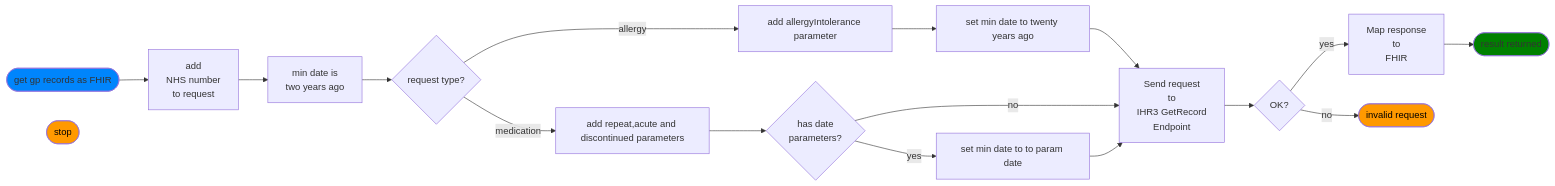
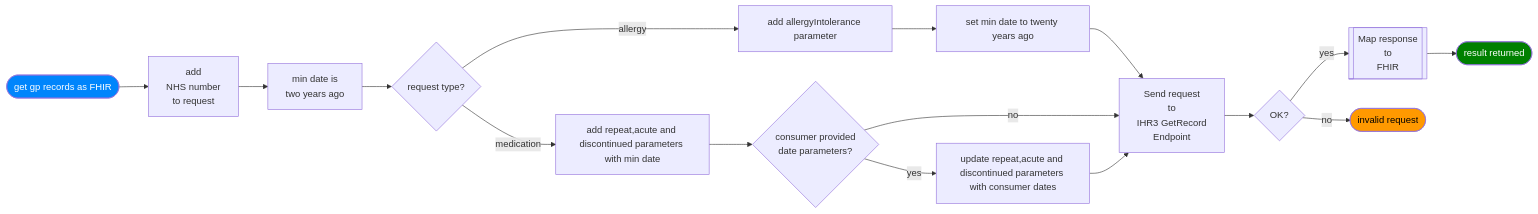
The diagram in technical/read data/read-gp-data/get-gp-records-as-fhir.md (DHCW-Digital-Health-and-Care-Wales/shared-medicines-guide), drawn with Mermaid before and after one commit.

Commit message:
Update get-gp-records-as-fhir.md
diagram cleanup- rewording

````diff
--- a/technical/read data/read-gp-data/get-gp-records-as-fhir.md
+++ b/technical/read data/read-gp-data/get-gp-records-as-fhir.md
@@ -7,47 +7,47 @@
 ```mermaid
 flowchart LR
  
 
     TRIGGER(["get gp records as FHIR"]) 
     S1["add <br>NHS number <br>to request"]
     S2["min date is <br>two years ago"]
     S3{"request type?"}
 
-    M1["add repeat,acute and discontinued parameters"]
-    M2{"has date<br>parameters?"}
-    M3["set min date to to param date"]
+    M1["add repeat,acute and discontinued parameters with min date"]
+    M2{"consumer provided <br>date parameters?"}
+    M3["update repeat,acute and discontinued parameters with consumer dates"]
 
     A1["add allergyIntolerance parameter"]
     A2["set min date to twenty years ago"]
         
     S4["Send request <br>to <br>IHR3 GetRecord <br>Endpoint"]
     S5{"OK?"}
-    S6["Map response <br>to <br>FHIR"]
-    END(["stop"])
+    S6[["Map response <br>to <br>FHIR"]]
+
     ABORT(["invalid request"])
     SUCCESS(["result returned"])
    
 TRIGGER --> S1
 S1 --> S2
 S2 --> S3
 S3 -- medication --> M1
 S3 -- allergy --> A1 
 M1 --> M2  
 A1 --> A2
 A2 --> S4
 M2 -- yes --> M3 
 M2 -- no --> S4  
 M3 --> S4 
 S4 --> S5 
 S5 -- yes --> S6 
 S5 -- no --> ABORT 
 S6 --> SUCCESS
 
 
 
 
-style TRIGGER fill:#0085FC
-style END fill:#ff9900, color:#000
+style TRIGGER fill:#0085FC, color: #fff
+
 style ABORT fill:#ff9900, color:#000
-style SUCCESS fill: green
+style SUCCESS fill: green, color: #fff
 ```
````
